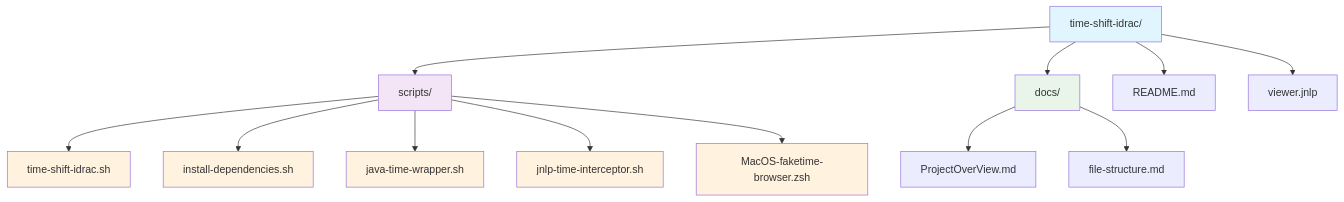
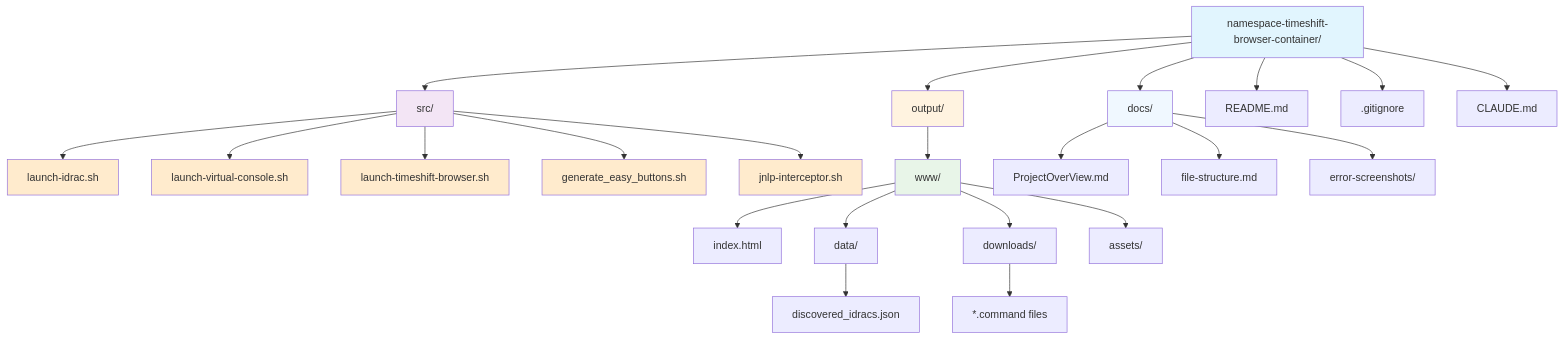
The diagram in docs/file-structure.md (notdabob/namespace-timeshift-browser-container), drawn with Mermaid before and after one commit. The commit also changed other lines of this file and 12 other files, not shown here.

First line of the commit message:
Restructure project to industry-standard web-ready architecture

````diff
--- a/docs/file-structure.md
+++ b/docs/file-structure.md
@@ -3,25 +3,39 @@
 ```mermaid
 graph TD
-    A[time-shift-idrac/] --> B[scripts/]
-    A --> C[docs/]
-    A --> D[README.md]
-    A --> E[viewer.jnlp]
+    A[namespace-timeshift-browser-container/] --> B[src/]
+    A --> C[output/]
+    A --> D[docs/]
+    A --> E[README.md]
+    A --> F[.gitignore]
+    A --> G[CLAUDE.md]
 
-    B --> F[time-shift-idrac.sh]
-    B --> G[install-dependencies.sh]
-    B --> H[java-time-wrapper.sh]
-    B --> I[jnlp-time-interceptor.sh]
-    B --> J[MacOS-faketime-browser.zsh]
+    B --> H[launch-idrac.sh]
+    B --> I[launch-virtual-console.sh]
+    B --> J[launch-timeshift-browser.sh]
+    B --> K[generate_easy_buttons.sh]
+    B --> L[jnlp-interceptor.sh]
 
-    C --> K[ProjectOverView.md]
-    C --> L[file-structure.md]
+    C --> M[www/]
+    M --> N[index.html]
+    M --> O[data/]
+    M --> P[downloads/]
+    M --> Q[assets/]
+
+    O --> R[discovered_idracs.json]
+    P --> S[*.command files]
+
+    D --> T[ProjectOverView.md]
+    D --> U[file-structure.md]
+    D --> V[error-screenshots/]
 
     style A fill:#e1f5fe
     style B fill:#f3e5f5
-    style C fill:#e8f5e8
-    style F fill:#fff3e0
-    style G fill:#fff3e0
-    style H fill:#fff3e0
-    style I fill:#fff3e0
-    style J fill:#fff3e0
+    style C fill:#fff3e0
+    style M fill:#e8f5e8
+    style D fill:#f0f8ff
+    style H fill:#ffebcd
+    style I fill:#ffebcd
+    style J fill:#ffebcd
+    style K fill:#ffebcd
+    style L fill:#ffebcd
 ```
````
